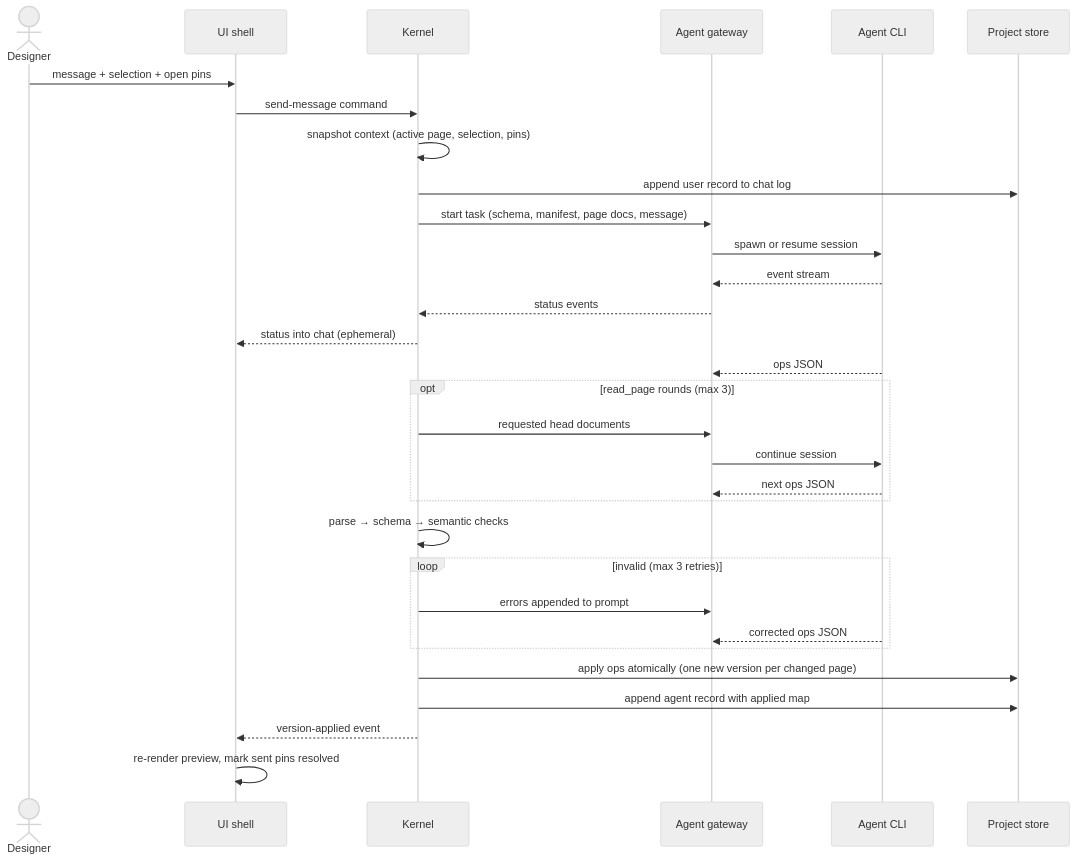
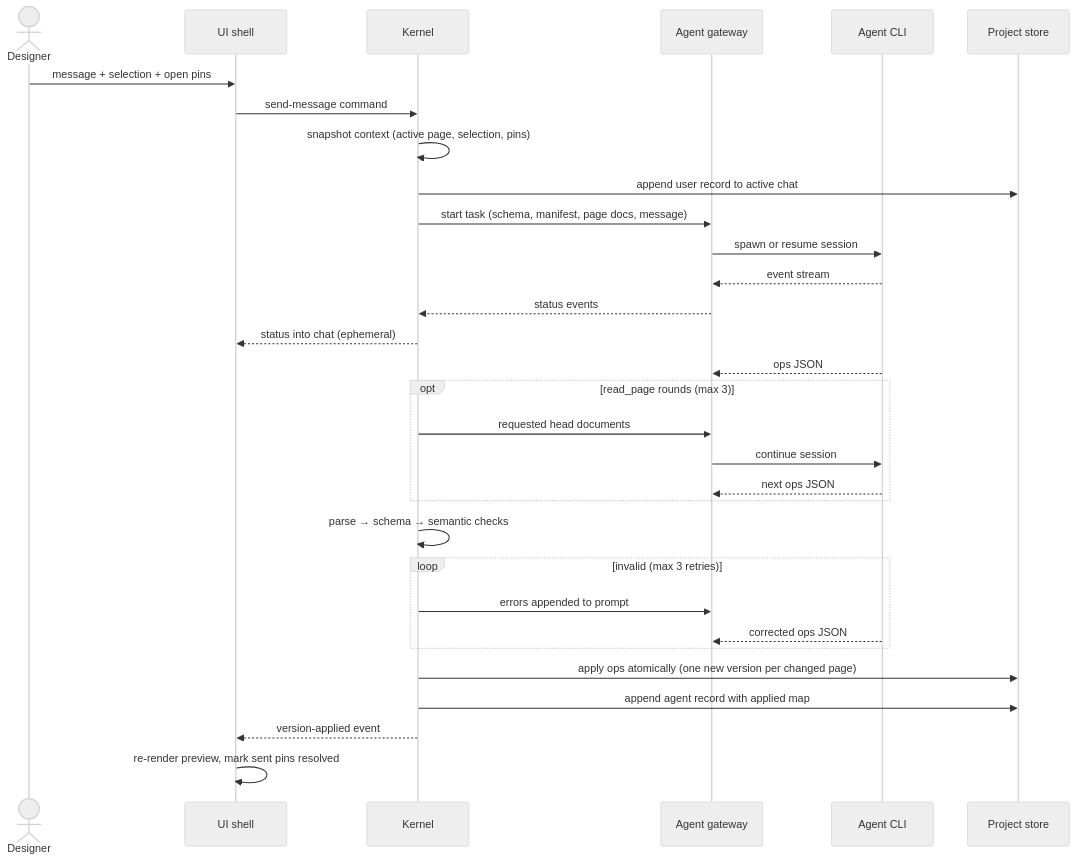
Before and after one commit to khmilevoi/termcraft: the diagram in docs/architecture/flows/generation-turn.md, drawn with Mermaid (neutral theme). The commit also changed other lines of this file and 5 other files, not shown here.

````diff
--- a/docs/architecture/flows/generation-turn.md
+++ b/docs/architecture/flows/generation-turn.md
@@ -3,34 +3,34 @@
 ```mermaid
 sequenceDiagram
     actor U as Designer
     participant UI as UI shell
     participant K as Kernel
     participant G as Agent gateway
     participant C as Agent CLI
     participant S as Project store
 
     U->>UI: message + selection + open pins
     UI->>K: send-message command
     K->>K: snapshot context (active page, selection, pins)
-    K->>S: append user record to chat log
+    K->>S: append user record to active chat
     K->>G: start task (schema, manifest, page docs, message)
     G->>C: spawn or resume session
     C-->>G: event stream
     G-->>K: status events
     K-->>UI: status into chat (ephemeral)
     C-->>G: ops JSON
     opt read_page rounds (max 3)
         K->>G: requested head documents
         G->>C: continue session
         C-->>G: next ops JSON
     end
     K->>K: parse → schema → semantic checks
     loop invalid (max 3 retries)
         K->>G: errors appended to prompt
         C-->>G: corrected ops JSON
     end
     K->>S: apply ops atomically (one new version per changed page)
     K->>S: append agent record with applied map
     K-->>UI: version-applied event
     UI->>UI: re-render preview, mark sent pins resolved
 ```
````
